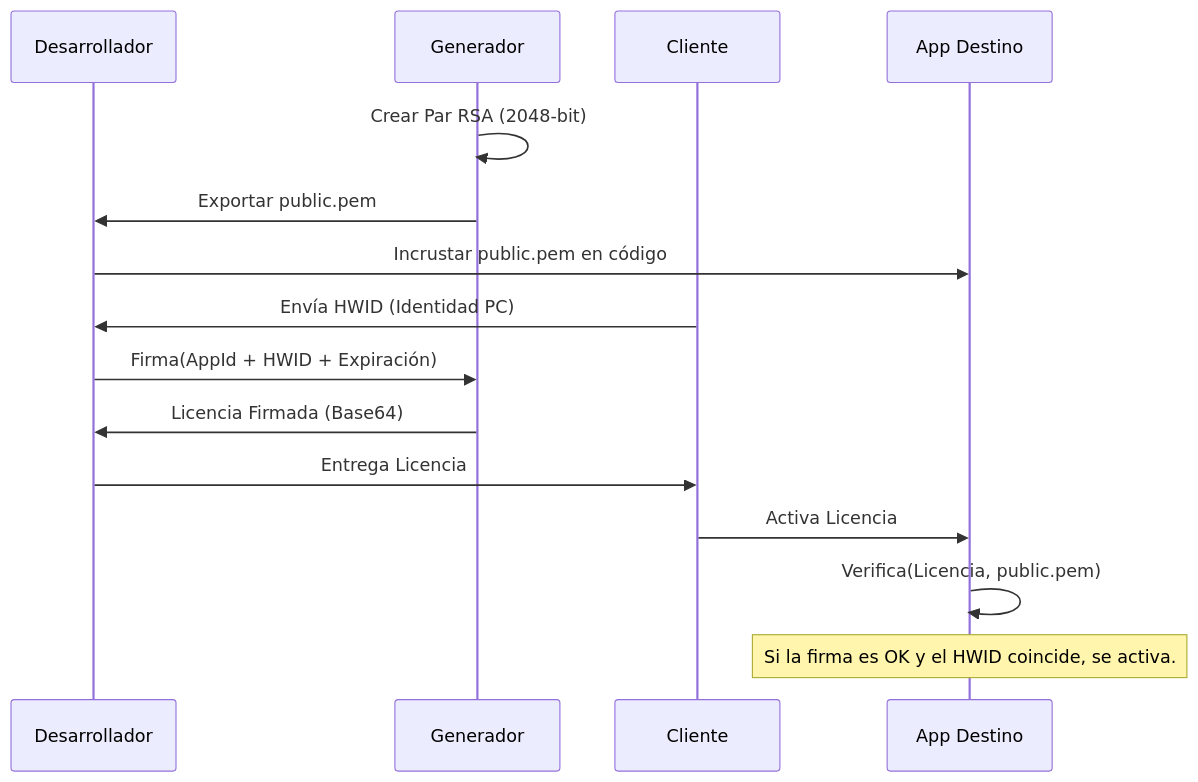
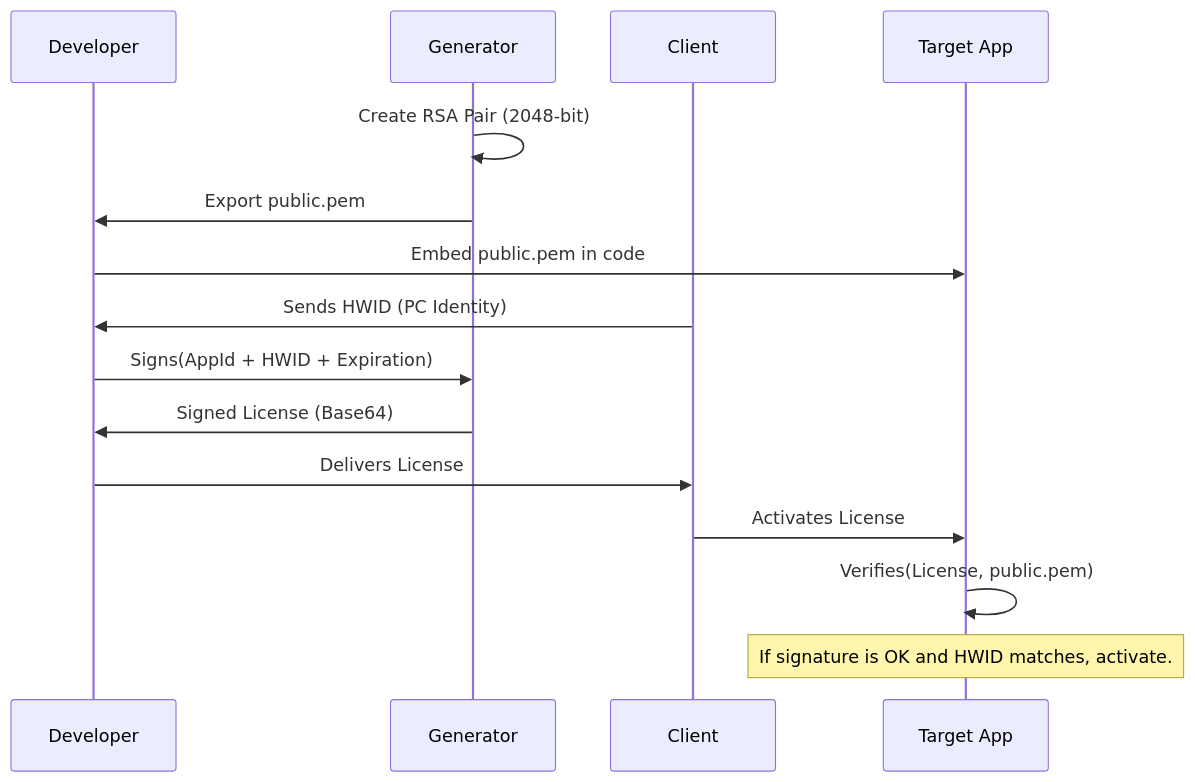
Before and after one commit to gonzapersonalsite/LicenseGenerator: the diagram in ARCHITECTURE.md, drawn with Mermaid. The commit also changed other lines of this file and 8 other files, not shown here.

Commit message:
feat: Add German and Spanish translations for architecture, operations, and README documentation.

````diff
--- a/ARCHITECTURE.md
+++ b/ARCHITECTURE.md
@@ -13,18 +15,18 @@
 ```mermaid
 sequenceDiagram
-    participant D as Desarrollador
-    participant G as Generador
-    participant C as Cliente
-    participant A as App Destino
+    participant D as Developer
+    participant G as Generator
+    participant C as Client
+    participant A as Target App
 
-    G->>G: Crear Par RSA (2048-bit)
-    G->>D: Exportar public.pem
-    D->>A: Incrustar public.pem en código
-    C->>D: Envía HWID (Identidad PC)
-    D->>G: Firma(AppId + HWID + Expiración) 
-    G->>D: Licencia Firmada (Base64)
-    D->>C: Entrega Licencia
-    C->>A: Activa Licencia
-    A->>A: Verifica(Licencia, public.pem)
-    Note over A: Si la firma es OK y el HWID coincide, se activa.
+    G->>G: Create RSA Pair (2048-bit)
+    G->>D: Export public.pem
+    D->>A: Embed public.pem in code
+    C->>D: Sends HWID (PC Identity)
+    D->>G: Signs(AppId + HWID + Expiration) 
+    G->>D: Signed License (Base64)
+    D->>C: Delivers License
+    C->>A: Activates License
+    A->>A: Verifies(License, public.pem)
+    Note over A: If signature is OK and HWID matches, activate.
 ```
````
